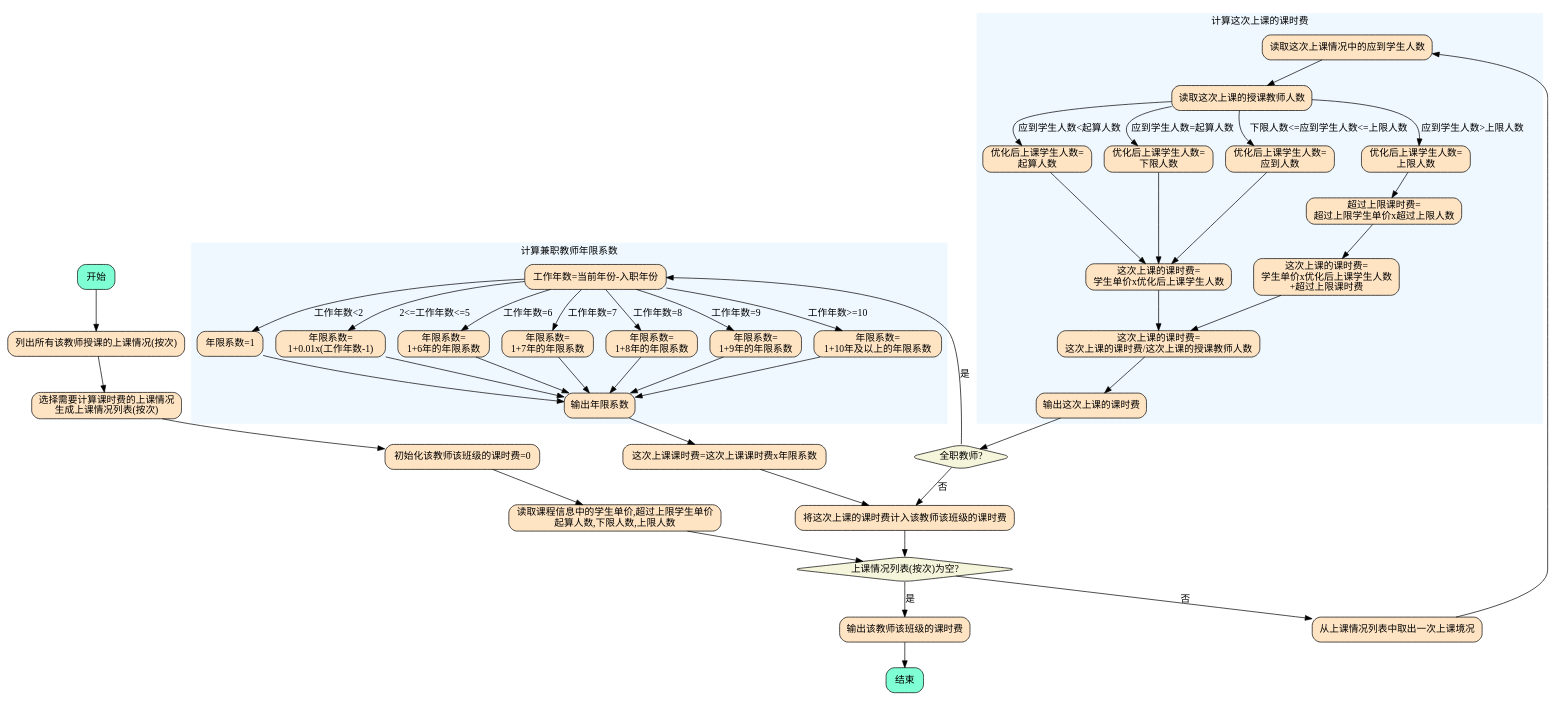
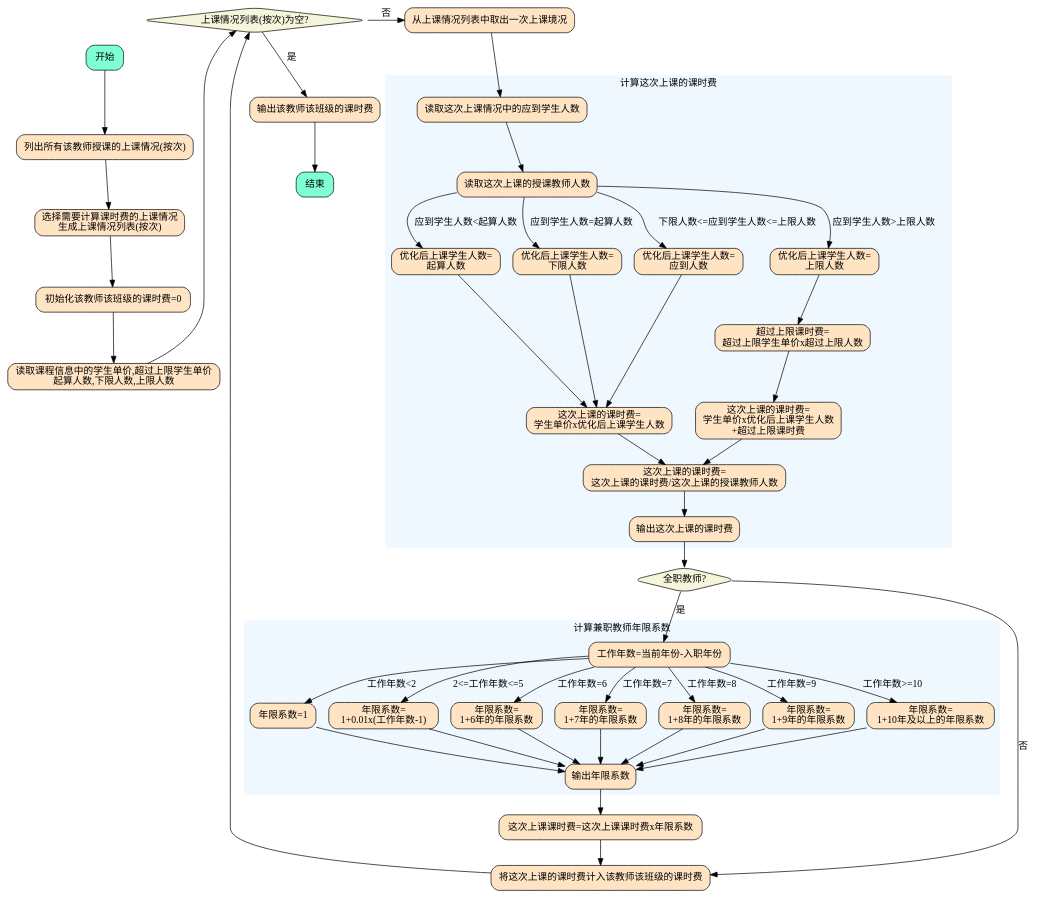
The diagram in management-system/hr/pay/svg/02.dot (diandian888/mx-requirements), drawn with Graphviz before and after one commit. The commit also changed 1 other file, not shown here.

Commit message:
Use rank=source to make the c1 -> s5 and subgraphic(cluster1) top of the graph.

```diff
--- a/management-system/hr/pay/svg/02.dot
+++ b/management-system/hr/pay/svg/02.dot
@@ -1,106 +1,107 @@
 digraph {
     node [shape="box", style="rounded,filled", fillcolor="aquamarine"]
         start[label="开始"];
         end[label="结束"];
 
     node [shape="box", style="rounded,filled", fillcolor="bisque"]
         s1[label="列出所有该教师授课的上课情况(按次)"];
         s2[label="选择需要计算课时费的上课情况\n生成上课情况列表(按次)"];
         s3[label="初始化该教师该班级的课时费=0"];
         s4[label="读取课程信息中的学生单价,超过上限学生单价\n起算人数,下限人数,上限人数"];
         s5[label="从上课情况列表中取出一次上课境况"];
         s6[label="这次上课课时费=这次上课课时费x年限系数"];
         s7[label="将这次上课的课时费计入该教师该班级的课时费"];
         s8[label="输出该教师该班级的课时费"];
     
     node [shape="diamond", style="rounded,filled", fillcolor="beige"]
         c1[label="上课情况列表(按次)为空?"];
         c2[label="全职教师?"];
 
     subgraph cluster1 {
         label="计算这次上课的课时费";
         style="filled";
         color="aliceblue";
 
         node [shape="box", style="rounded,filled", fillcolor="bisque"]
             sub1_s1[label="读取这次上课情况中的应到学生人数"];
             sub1_s2[label="读取这次上课的授课教师人数"];
             sub1_s3_a[label="优化后上课学生人数=\n起算人数"];
             sub1_s3_b[label="优化后上课学生人数=\n下限人数"];
             sub1_s3_c[label="优化后上课学生人数=\n应到人数"];
             sub1_s3_d[label="优化后上课学生人数=\n上限人数"];
             sub1_s4[label="超过上限课时费=\n超过上限学生单价x超过上限人数"];
             sub1_s5_a[label="这次上课的课时费=\n学生单价x优化后上课学生人数"];
             sub1_s5_b[label="这次上课的课时费=\n学生单价x优化后上课学生人数\n+超过上限课时费"];
             sub1_s6[label="这次上课的课时费=\n这次上课的课时费/这次上课的授课教师人数"];
             sub1_s7[label="输出这次上课的课时费"];
 
         sub1_s1 -> sub1_s2;
         sub1_s2 -> sub1_s3_a[label="应到学生人数<起算人数"];
         sub1_s2 -> sub1_s3_b[label="应到学生人数=起算人数"];
         sub1_s2 -> sub1_s3_c[label="下限人数<=应到学生人数<=上限人数"];
         sub1_s2 -> sub1_s3_d[label="应到学生人数>上限人数"];
         sub1_s3_a -> sub1_s5_a;
         sub1_s3_b -> sub1_s5_a;
         sub1_s3_c -> sub1_s5_a;
         sub1_s5_a -> sub1_s6;
         sub1_s3_d -> sub1_s4 -> sub1_s5_b -> sub1_s6;
         sub1_s6 -> sub1_s7;
 
         {rank=same sub1_s3_a sub1_s3_b sub1_s3_c sub1_s3_d}
         {rank=same sub1_s5_a sub1_s5_b}
     }
 
     subgraph cluster2 {
         label="计算兼职教师年限系数";
         style="filled";
         color="aliceblue";
 
         node [shape="box", style="rounded,filled", fillcolor="bisque"]
             sub2_s1[label="工作年数=当前年份-入职年份"];
             sub2_s2_a[label="年限系数=1"]
             sub2_s2_b[label="年限系数=\n1+0.01x(工作年数-1)"];
             sub2_s2_c[label="年限系数=\n1+6年的年限系数"];
             sub2_s2_d[label="年限系数=\n1+7年的年限系数"];
             sub2_s2_e[label="年限系数=\n1+8年的年限系数"];
             sub2_s2_f[label="年限系数=\n1+9年的年限系数"];
             sub2_s2_g[label="年限系数=\n1+10年及以上的年限系数"];
             sub2_s3[label="输出年限系数"];
 
         sub2_s1 -> sub2_s2_a[label="工作年数<2"];
         sub2_s1 -> sub2_s2_b[label="2<=工作年数<=5"];
         sub2_s1 -> sub2_s2_c[label="工作年数=6"];
         sub2_s1 -> sub2_s2_d[label="工作年数=7"];
         sub2_s1 -> sub2_s2_e[label="工作年数=8"];
         sub2_s1 -> sub2_s2_f[label="工作年数=9"];
         sub2_s1 -> sub2_s2_g[label="工作年数>=10"];
 
         sub2_s2_a -> sub2_s3;
         sub2_s2_b -> sub2_s3;
         sub2_s2_c -> sub2_s3;
         sub2_s2_d -> sub2_s3;
         sub2_s2_e -> sub2_s3;
         sub2_s2_f -> sub2_s3;
         sub2_s2_g -> sub2_s3;
 
         {rank=same sub2_s2_a sub2_s2_b sub2_s2_c sub2_s2_d sub2_s2_e sub2_s2_f sub2_s2_g}
     } 
 
     start -> s1 -> s2 -> s3 -> s4;
     s4 -> c1;
 
     // 上课情况列表为空
     c1 -> s8[label="是"];
     s8 -> end;
 
     // 上课情况列表不为空
-    c1 -> s5[label="否"];
+    // Use rank=source to make the c1 -> s5 and subgraphic(cluster1) top of the graph.
+    {rank=source c1 -> s5[label="否"];}
     s5 -> sub1_s1;
 
     sub1_s7 -> c2;
     c2 -> sub2_s1[label="是"];
     c2 -> s7[label="否"];
 
     sub2_s3 -> s6;
     s6 -> s7 -> c1;
 }
```
